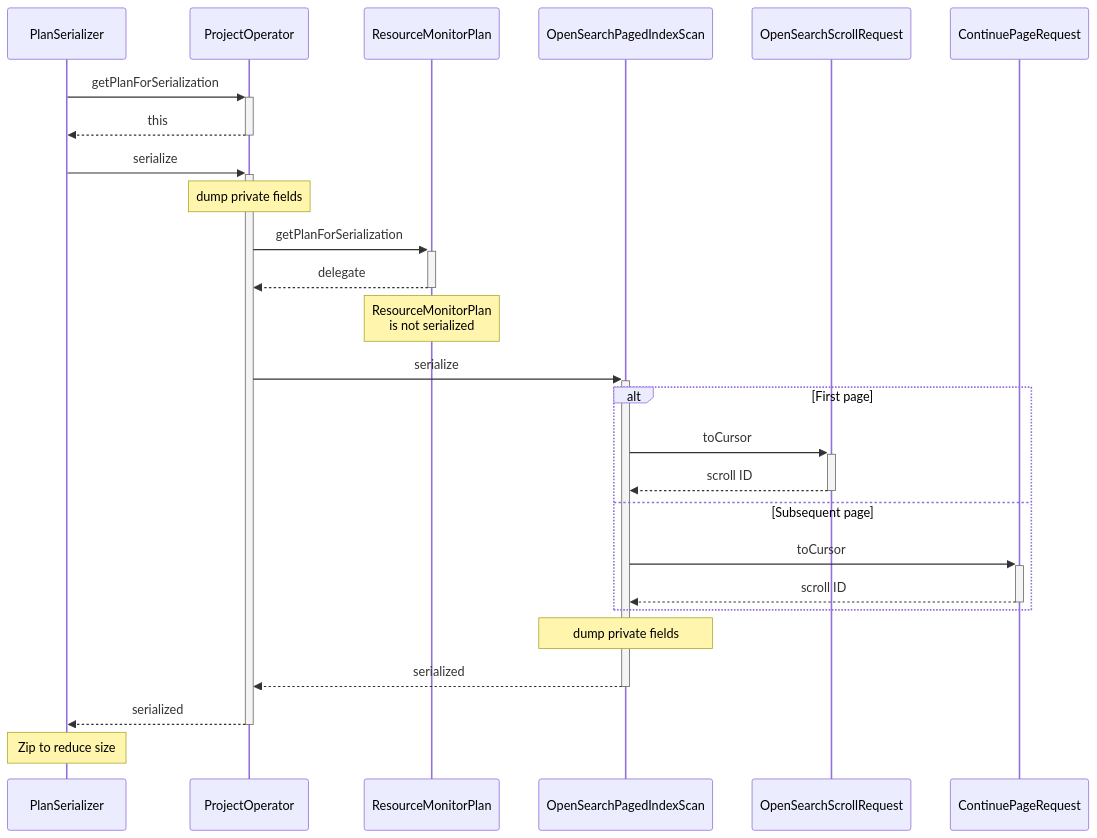
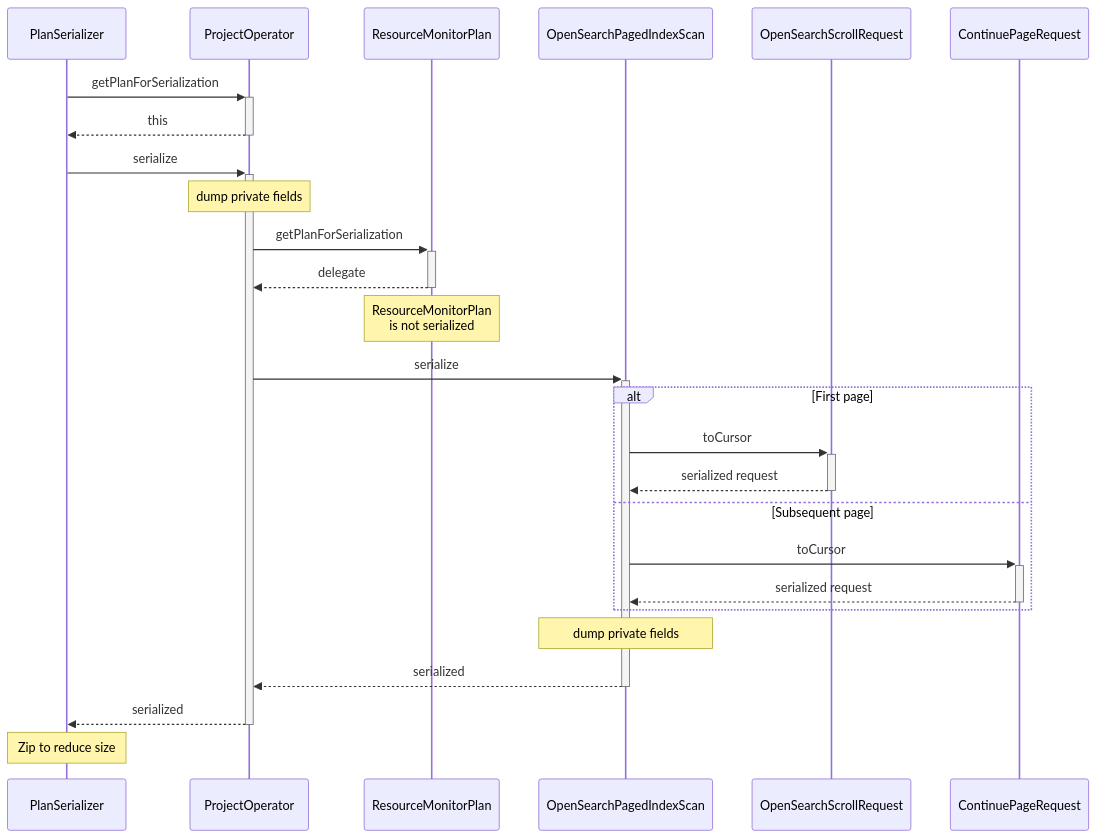
Diagram 20 of 22 in docs/dev/Pagination-v2.md (opensearch-project/sql), drawn with Mermaid before and after one commit. The commit also changed other lines of this file and 3 other files, not shown here.

````diff
--- a/docs/dev/Pagination-v2.md
+++ b/docs/dev/Pagination-v2.md
@@ -200,29 +646,29 @@
 ```mermaid
 sequenceDiagram
     participant PlanSerializer
     participant ProjectOperator
     participant ResourceMonitorPlan
     participant OpenSearchPagedIndexScan
     participant OpenSearchScrollRequest
     participant ContinuePageRequest
 
-PlanSerializer->>+ProjectOperator: getPlanForSerialization
-  ProjectOperator-->>-PlanSerializer: this
-PlanSerializer->>+ProjectOperator: serialize
-  Note over ProjectOperator: dump private fields
-  ProjectOperator->>+ResourceMonitorPlan: getPlanForSerialization
-    ResourceMonitorPlan-->>-ProjectOperator: delegate
-  Note over ResourceMonitorPlan: ResourceMonitorPlan<br />is not serialized
-  ProjectOperator->>+OpenSearchPagedIndexScan: serialize
+PlanSerializer ->>+ ProjectOperator : getPlanForSerialization
+  ProjectOperator -->>- PlanSerializer : this
+PlanSerializer ->>+ ProjectOperator : serialize
+  Note over ProjectOperator : dump private fields
+  ProjectOperator ->>+ ResourceMonitorPlan : getPlanForSerialization
+    ResourceMonitorPlan -->>- ProjectOperator : delegate
+  Note over ResourceMonitorPlan : ResourceMonitorPlan<br />is not serialized
+  ProjectOperator ->>+ OpenSearchPagedIndexScan : serialize
     alt First page
-      OpenSearchPagedIndexScan->>+OpenSearchScrollRequest: toCursor
-        OpenSearchScrollRequest-->>-OpenSearchPagedIndexScan: scroll ID
+      OpenSearchPagedIndexScan ->>+ OpenSearchScrollRequest : toCursor
+        OpenSearchScrollRequest -->>- OpenSearchPagedIndexScan : serialized request
     else Subsequent page
-      OpenSearchPagedIndexScan->>+ContinuePageRequest: toCursor
-        ContinuePageRequest-->>-OpenSearchPagedIndexScan: scroll ID
+      OpenSearchPagedIndexScan ->>+ ContinuePageRequest : toCursor
+        ContinuePageRequest -->>- OpenSearchPagedIndexScan : serialized request
     end
-    Note over OpenSearchPagedIndexScan: dump private fields
-    OpenSearchPagedIndexScan-->>-ProjectOperator: serialized
-  ProjectOperator-->>-PlanSerializer: serialized
-Note over PlanSerializer: Zip to reduce size
+    Note over OpenSearchPagedIndexScan : dump private fields
+    OpenSearchPagedIndexScan -->>- ProjectOperator : serialized
+  ProjectOperator -->>- PlanSerializer : serialized
+Note over PlanSerializer : Zip to reduce size
 ```
````
